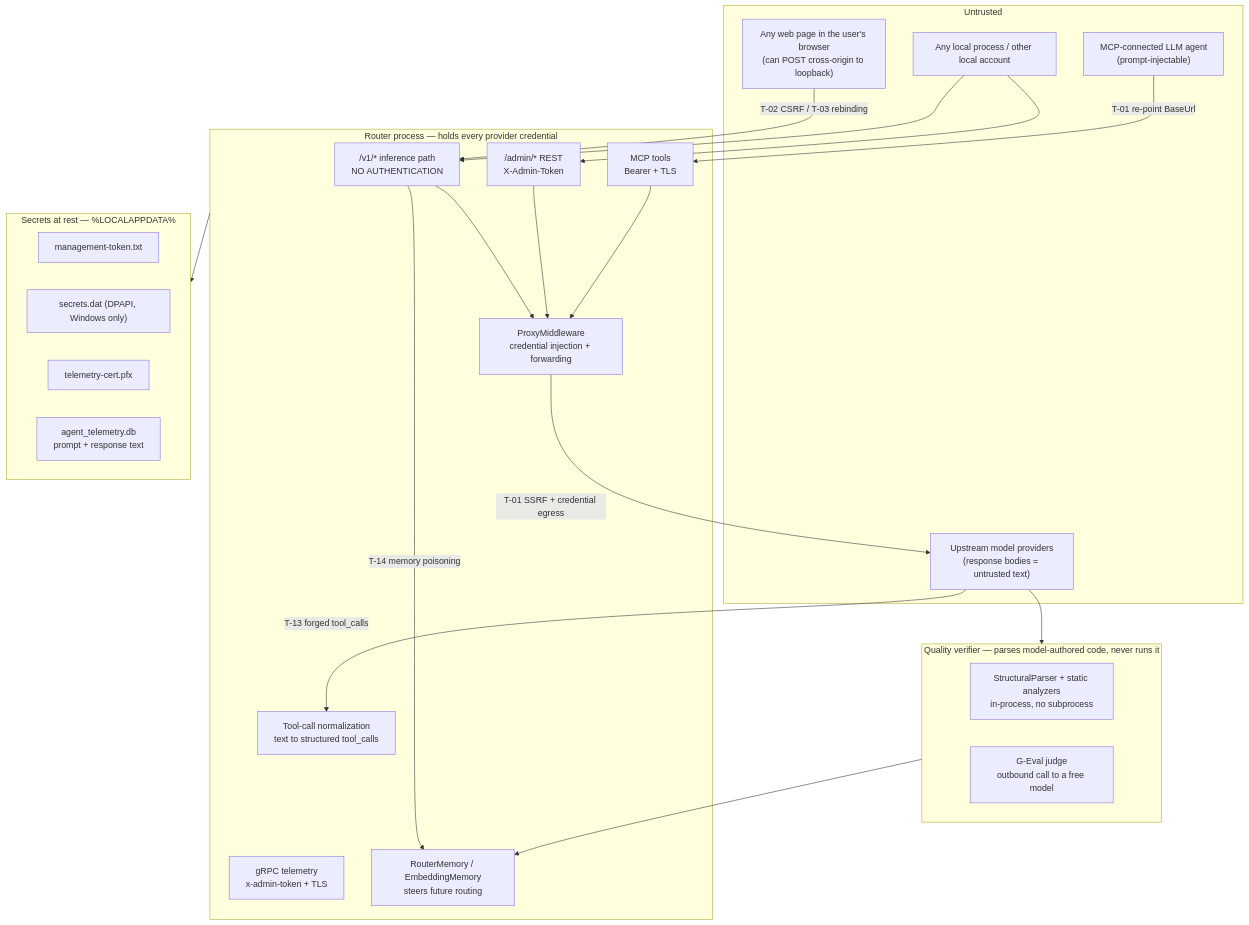
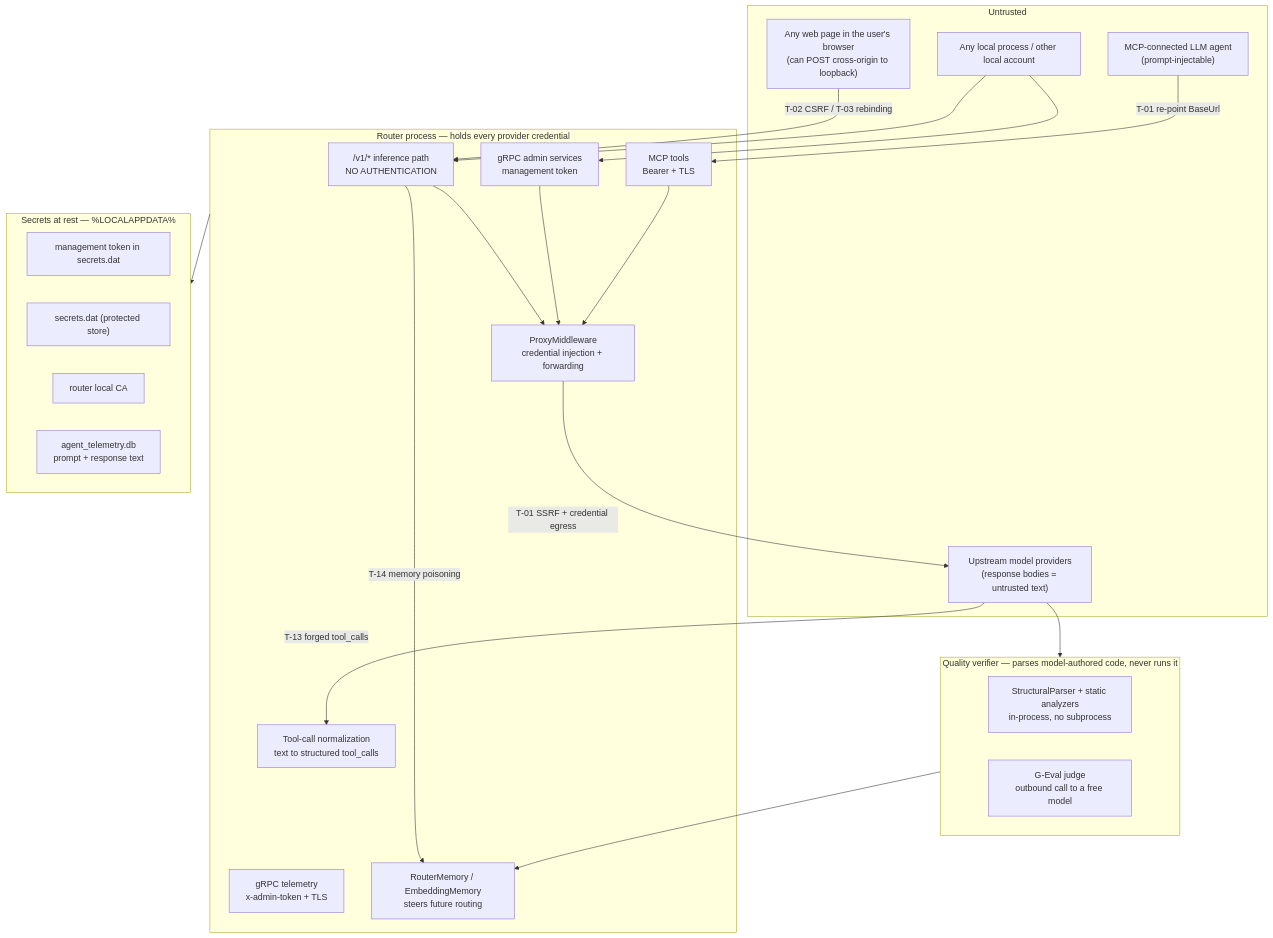
Before and after one commit to davidpizon/TotallyHot-ArcRouter: the diagram in docs/router/security-hardening-plan.md, drawn with Mermaid. The commit also changed other lines of this file and 44 other files, not shown here.

````diff
--- a/docs/router/security-hardening-plan.md
+++ b/docs/router/security-hardening-plan.md
@@ -51,45 +57,45 @@
 ```mermaid
 flowchart TB
     subgraph UNTRUSTED["Untrusted"]
         BROWSER["Any web page in the user's browser<br/>(can POST cross-origin to loopback)"]
         LOCALPROC["Any local process / other local account"]
         UPSTREAM["Upstream model providers<br/>(response bodies = untrusted text)"]
         AGENT["MCP-connected LLM agent<br/>(prompt-injectable)"]
     end
 
     subgraph ROUTER["Router process — holds every provider credential"]
         V1["/v1/* inference path<br/>NO AUTHENTICATION"]
-        ADMIN["/admin/* REST<br/>X-Admin-Token"]
+        ADMIN["gRPC admin services<br/>management token"]
         GRPC["gRPC telemetry<br/>x-admin-token + TLS"]
         MCP["MCP tools<br/>Bearer + TLS"]
         FWD["ProxyMiddleware<br/>credential injection + forwarding"]
         NORM["Tool-call normalization<br/>text to structured tool_calls"]
         MEM["RouterMemory / EmbeddingMemory<br/>steers future routing"]
     end
 
     subgraph QUAL["Quality verifier — parses model-authored code, never runs it"]
         PARSE["StructuralParser + static analyzers<br/>in-process, no subprocess"]
         JUDGE["G-Eval judge<br/>outbound call to a free model"]
     end
 
     subgraph SECRETS["Secrets at rest — %LOCALAPPDATA%"]
-        TOK["management-token.txt"]
-        SEC["secrets.dat (DPAPI, Windows only)"]
-        PFX["telemetry-cert.pfx"]
+        TOK["management token in secrets.dat"]
+        SEC["secrets.dat (protected store)"]
+        PFX["router local CA"]
         DB["agent_telemetry.db<br/>prompt + response text"]
     end
 
     BROWSER -->|"T-02 CSRF / T-03 rebinding"| V1
     LOCALPROC --> V1
     LOCALPROC --> ADMIN
     AGENT -->|"T-01 re-point BaseUrl"| MCP
     V1 --> FWD
     ADMIN --> FWD
     MCP --> FWD
     FWD -->|"T-01 SSRF + credential egress"| UPSTREAM
     UPSTREAM -->|"T-13 forged tool_calls"| NORM
     UPSTREAM --> QUAL
     QUAL --> MEM
     V1 -->|"T-14 memory poisoning"| MEM
     ROUTER --> SECRETS
 ```
````
